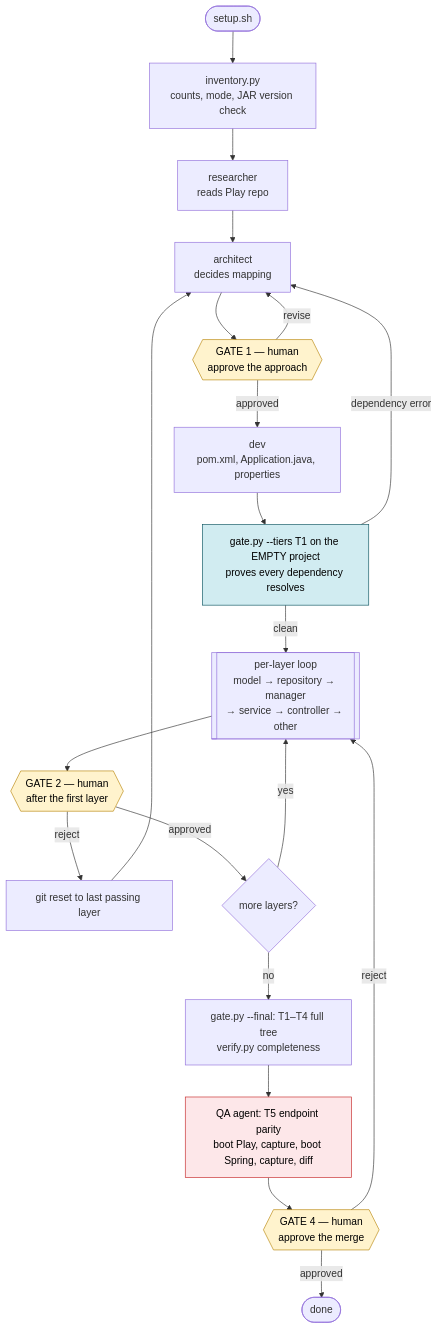
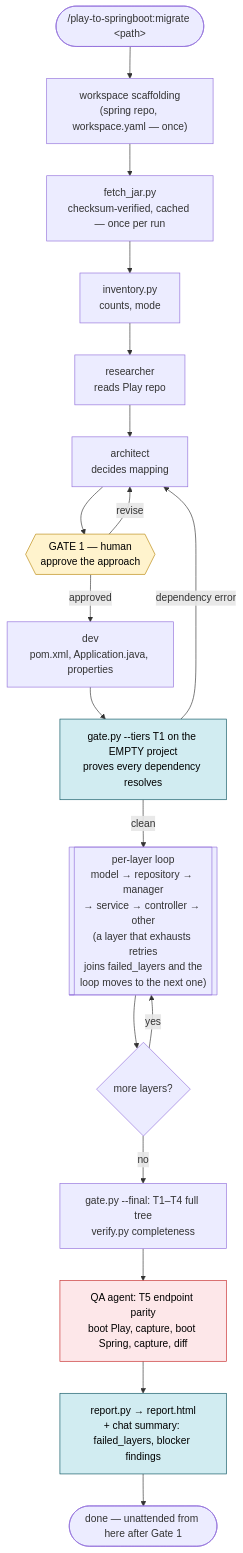
The first of 6 diagrams in docs/FLOW.md (skarin7/play-to-springboot), drawn with Mermaid before and after one commit. The commit also changed other lines of this file and 39 other files, not shown here.

````diff
--- a/docs/FLOW.md
+++ b/docs/FLOW.md
@@ -15,33 +15,30 @@
 ```mermaid
 flowchart TD
-    START([setup.sh]) --> INV["inventory.py<br/>counts, mode, JAR version check"]
+    START(["/play-to-springboot:migrate &lt;path&gt;"]) --> SETUP["workspace scaffolding<br/>(spring repo, workspace.yaml — once)"]
+    SETUP --> JAR["fetch_jar.py<br/>checksum-verified, cached — once per run"]
+    JAR --> INV["inventory.py<br/>counts, mode"]
     INV --> RES[researcher<br/>reads Play repo]
     RES --> ARCH[architect<br/>decides mapping]
     ARCH --> G1{{"GATE 1 — human<br/>approve the approach"}}
 
     G1 -->|revise| ARCH
     G1 -->|approved| INIT["dev<br/>pom.xml, Application.java, properties"]
 
     INIT --> EMPTY["gate.py --tiers T1 on the EMPTY project<br/>proves every dependency resolves"]
     EMPTY -->|dependency error| ARCH
     EMPTY -->|clean| LOOP
 
-    LOOP[["per-layer loop<br/>model → repository → manager<br/>→ service → controller → other"]]
-    LOOP --> G2{{"GATE 2 — human<br/>after the first layer"}}
-    G2 -->|reject| RESET["git reset to last passing layer"]
-    RESET --> ARCH
-    G2 -->|approved| MORE{more layers?}
+    LOOP[["per-layer loop<br/>model → repository → manager<br/>→ service → controller → other<br/>(a layer that exhausts retries<br/>joins failed_layers and the<br/>loop moves to the next one)"]]
+    LOOP --> MORE{more layers?}
     MORE -->|yes| LOOP
     MORE -->|no| FINAL["gate.py --final: T1–T4 full tree<br/>verify.py completeness"]
 
     FINAL --> T5["QA agent: T5 endpoint parity<br/>boot Play, capture, boot Spring, capture, diff"]
-    T5 --> G4{{"GATE 4 — human<br/>approve the merge"}}
-    G4 -->|approved| DONE([done])
-    G4 -->|reject| LOOP
+    T5 --> REPORT["report.py → report.html<br/>+ chat summary: failed_layers, blocker findings"]
+    REPORT --> DONE([done — unattended from here after Gate 1])
 
     style G1 fill:#fff3cd,stroke:#b8860b,color:#000
-    style G2 fill:#fff3cd,stroke:#b8860b,color:#000
-    style G4 fill:#fff3cd,stroke:#b8860b,color:#000
     style EMPTY fill:#d1ecf1,stroke:#0c5460,color:#000
     style T5 fill:#fde7e9,stroke:#c62828,color:#000
+    style REPORT fill:#d1ecf1,stroke:#0c5460,color:#000
 ```
````
